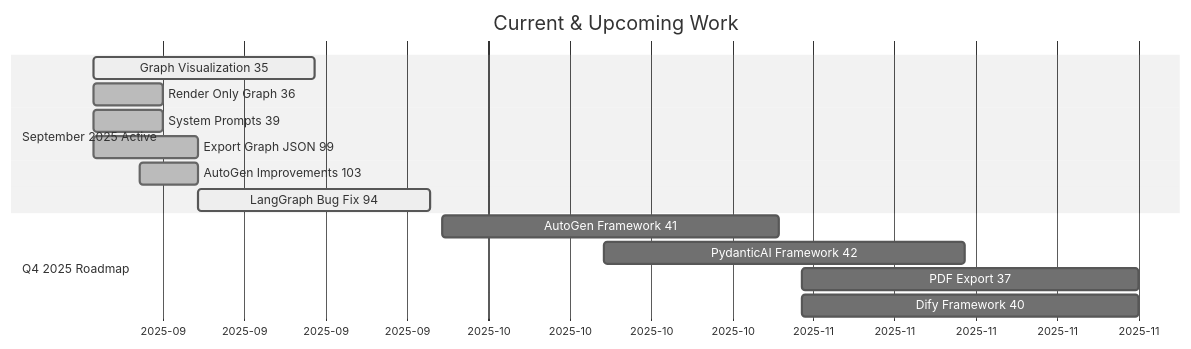
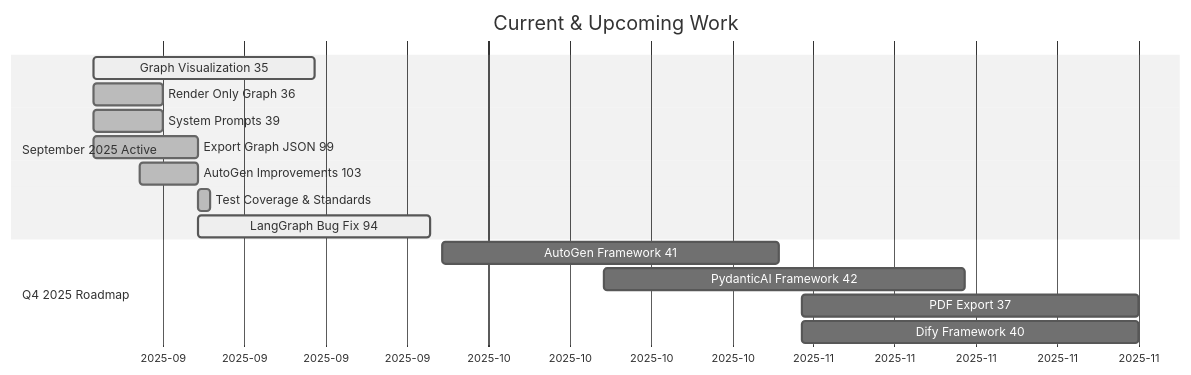
One commit to splx-ai/agentic-radar changed the third of 4 diagrams in docs/project-gantt.md. Above: the diagram before and after it, drawn with Mermaid (neutral theme). The commit also changed other lines of this file, not shown here.

Commit message:
fix: update project repository links and add test coverage milestone in project timeline

````diff
--- a/docs/project-gantt.md
+++ b/docs/project-gantt.md
@@ -53,20 +53,21 @@
 ```mermaid
 gantt
     title Current & Upcoming Work
     dateFormat YYYY-MM-DD
     axisFormat %Y-%m
     
     section September 2025 Active
     Graph Visualization 35    :active, graph-viz, 2025-09-01, 2025-09-20
     Render Only Graph 36      :done, graph-only, 2025-09-01, 2025-09-07
     System Prompts 39         :done, sys-prompts, 2025-09-01, 2025-09-07
     Export Graph JSON 99      :done, export-json, 2025-09-01, 2025-09-10
     AutoGen Improvements 103  :done, autogen-fix, 2025-09-05, 2025-09-10
+    Test Coverage & Standards :done, test-coverage, 2025-09-10, 2025-09-11
     LangGraph Bug Fix 94      :active, langgraph-bug, 2025-09-10, 2025-09-30
     
     section Q4 2025 Roadmap
     AutoGen Framework 41      :autogen, 2025-10-01, 2025-10-30
     PydanticAI Framework 42   :pydantic-ai, 2025-10-15, 2025-11-15
     PDF Export 37             :pdf-export, 2025-11-01, 2025-11-30
     Dify Framework 40         :dify, 2025-11-01, 2025-11-30
 ```
````
